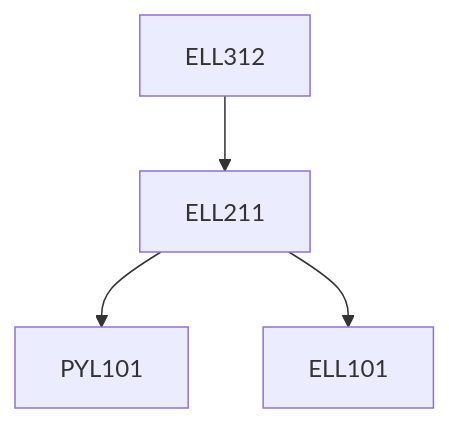
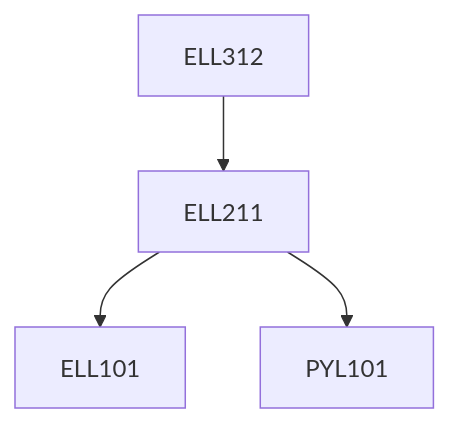
The diagram in content/Electrical Engineering/ELL312.md (KeshavBansal0122/CoS_Website), drawn with Mermaid before and after one commit. The commit also changed other lines of this file and 392 other files, not shown here.

````diff
--- a/content/Electrical Engineering/ELL312.md
+++ b/content/Electrical Engineering/ELL312.md
@@ -13,10 +13,10 @@
 ```mermaid
 flowchart TD
 ELL312-315[ELL312]
-ELL211-315 --> PYL101-315[PYL101]
 ELL312-315 --> ELL211-315[ELL211]
 ELL211-315 --> ELL101-315[ELL101]
+ELL211-315 --> PYL101-315[PYL101]
 
 classDef empty height:17px, fill:transparent, stroke:transparent;
 classDef trueEmpty height:0px, width:0px;
 ```
````
